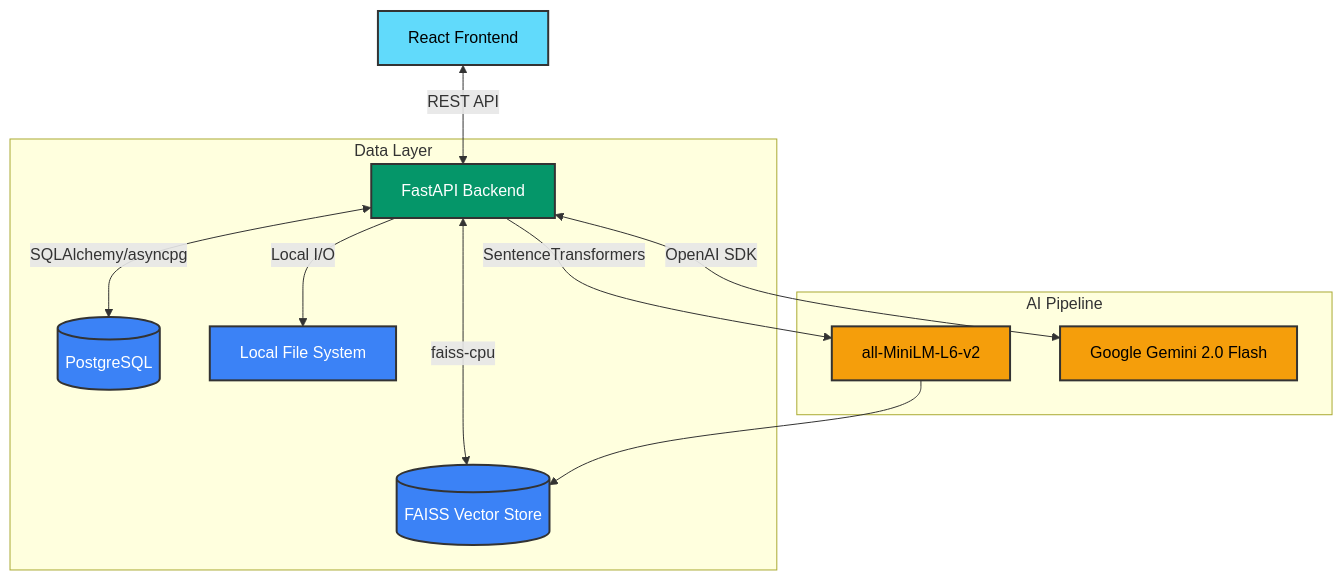
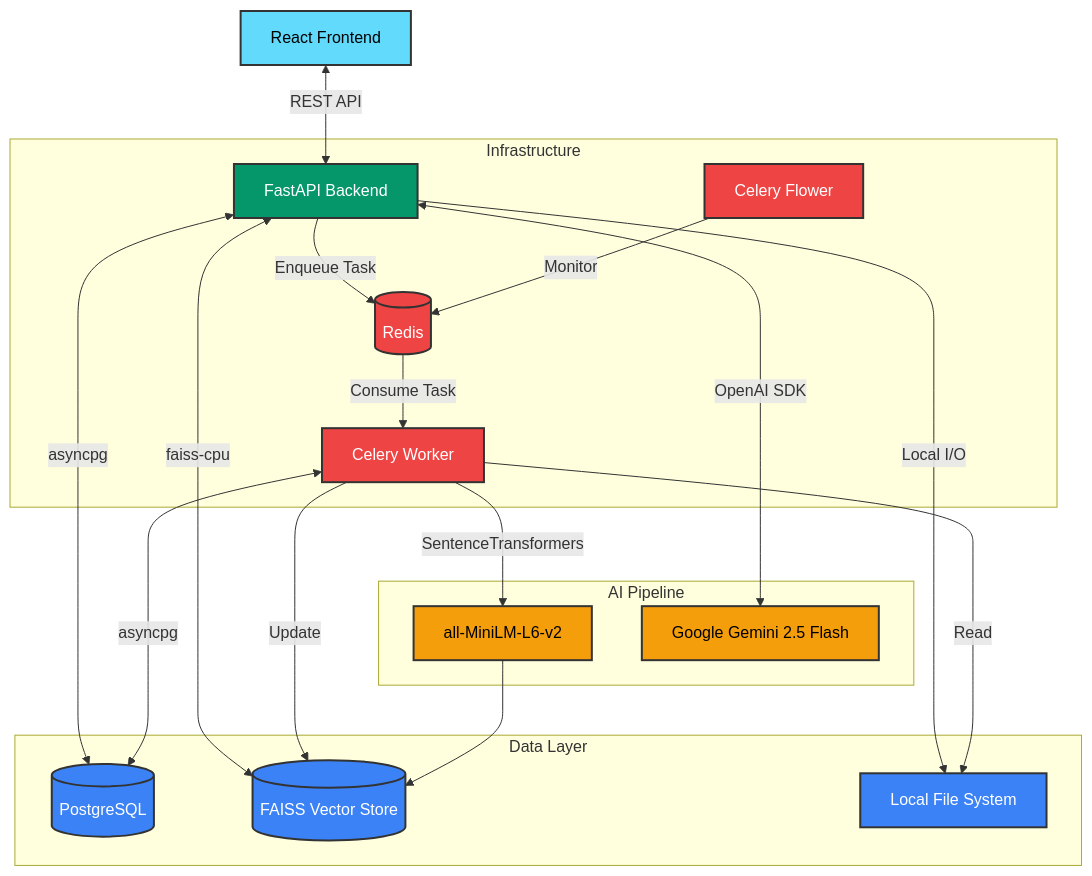
Before and after one commit to thepratyushranjan/askdoc: the first of 4 diagrams in ARCHITECTURE.md, drawn with Mermaid. The commit also changed other lines of this file and 11 other files, not shown here.

````diff
--- a/ARCHITECTURE.md
+++ b/ARCHITECTURE.md
@@ -9,26 +9,37 @@
 ```mermaid
 graph TD
     Client[React Frontend] <-->|REST API| API[FastAPI Backend]
     
+    subgraph Infrastructure
+        API -->|Enqueue Task| Broker[(Redis)]
+        Broker -->|Consume Task| Worker[Celery Worker]
+        Flower[Celery Flower] -->|Monitor| Broker
+    end
+    
     subgraph Data Layer
-        API <-->|SQLAlchemy/asyncpg| PG[(PostgreSQL)]
+        API <-->|asyncpg| PG[(PostgreSQL)]
+        Worker <-->|asyncpg| PG
         API <-->|faiss-cpu| FAISS[(FAISS Vector Store)]
+        Worker -->|Update| FAISS
         API -->|Local I/O| Disk[Local File System]
+        Worker -->|Read| Disk
     end
     
     subgraph AI Pipeline
-        API -->|SentenceTransformers| EMB[all-MiniLM-L6-v2]
+        Worker -->|SentenceTransformers| EMB[all-MiniLM-L6-v2]
         EMB --> FAISS
-        API <-->|OpenAI SDK| LLM[Google Gemini 2.0 Flash]
+        API <-->|OpenAI SDK| LLM[Google Gemini 2.5 Flash]
     end
     
     classDef frontend fill:#61dafb,stroke:#333,stroke-width:2px,color:#000;
     classDef backend fill:#059669,stroke:#333,stroke-width:2px,color:#fff;
+    classDef infra fill:#ef4444,stroke:#333,stroke-width:2px,color:#fff;
     classDef db fill:#3b82f6,stroke:#333,stroke-width:2px,color:#fff;
     classDef ai fill:#f59e0b,stroke:#333,stroke-width:2px,color:#000;
     
     class Client frontend;
     class API backend;
+    class Broker,Worker,Flower infra;
     class PG,FAISS,Disk db;
     class EMB,LLM ai;
 ```
````
